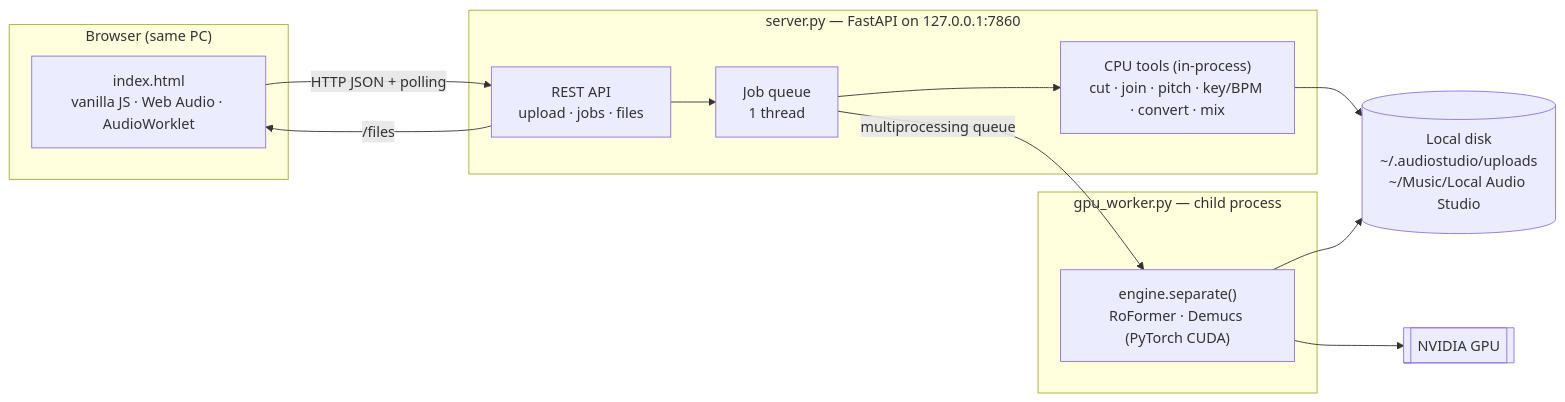
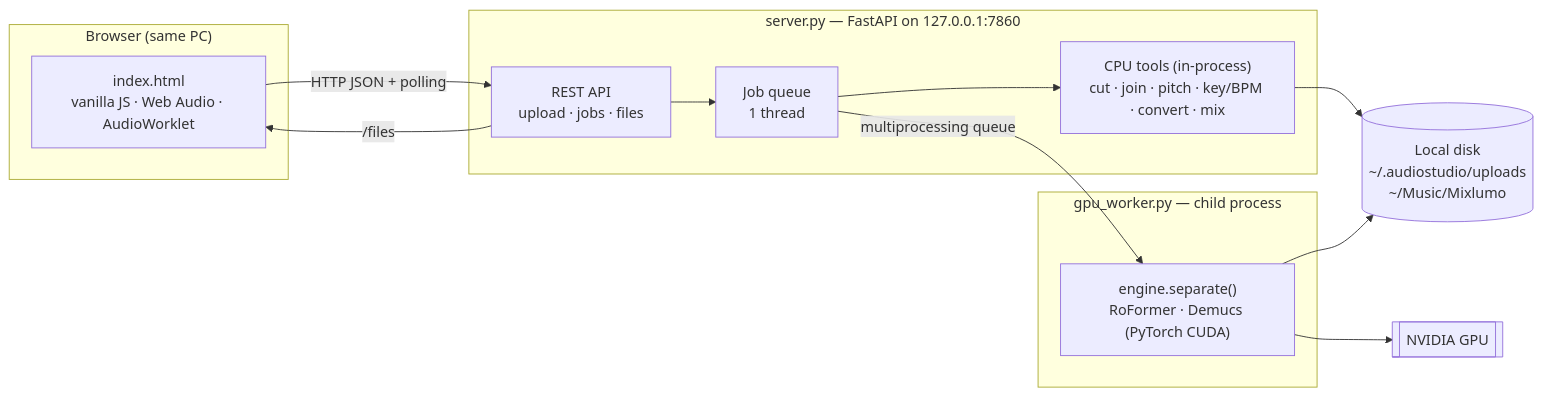
One commit to achuprasad/AIMUSICMAKE changed the first of 2 diagrams in docs/technical-assessment.md. Above: the diagram before and after it, drawn with Mermaid. The commit also changed other lines of this file and 32 other files, not shown here.

````diff
--- a/docs/technical-assessment.md
+++ b/docs/technical-assessment.md
@@ -111,22 +111,22 @@
 ```mermaid
 flowchart LR
   subgraph Browser["Browser (same PC)"]
     UI["index.html<br/>vanilla JS · Web Audio · AudioWorklet"]
   end
   subgraph Server["server.py — FastAPI on 127.0.0.1:7860"]
     API["REST API<br/>upload · jobs · files"]
     Q["Job queue<br/>1 thread"]
     CPU["CPU tools (in-process)<br/>cut · join · pitch · key/BPM · convert · mix"]
   end
   subgraph Worker["gpu_worker.py — child process"]
     ENG["engine.separate()<br/>RoFormer · Demucs (PyTorch CUDA)"]
   end
-  Disk[("Local disk<br/>~/.audiostudio/uploads<br/>~/Music/Local Audio Studio")]
+  Disk[("Local disk<br/>~/.audiostudio/uploads<br/>~/Music/Mixlumo")]
   GPU[["NVIDIA GPU"]]
   UI -- "HTTP JSON + polling" --> API --> Q
   Q --> CPU
   Q -- "multiprocessing queue" --> ENG --> GPU
   CPU --> Disk
   ENG --> Disk
   API -- "/files" --> UI
 ```
````
